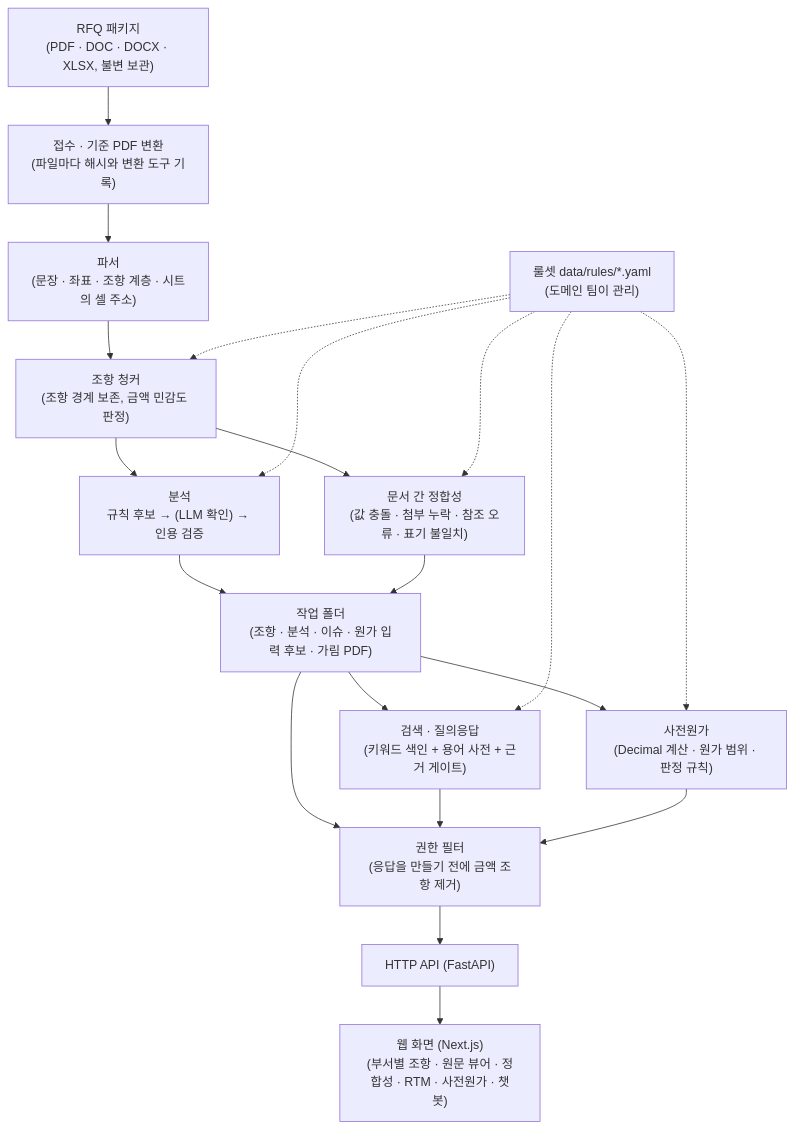
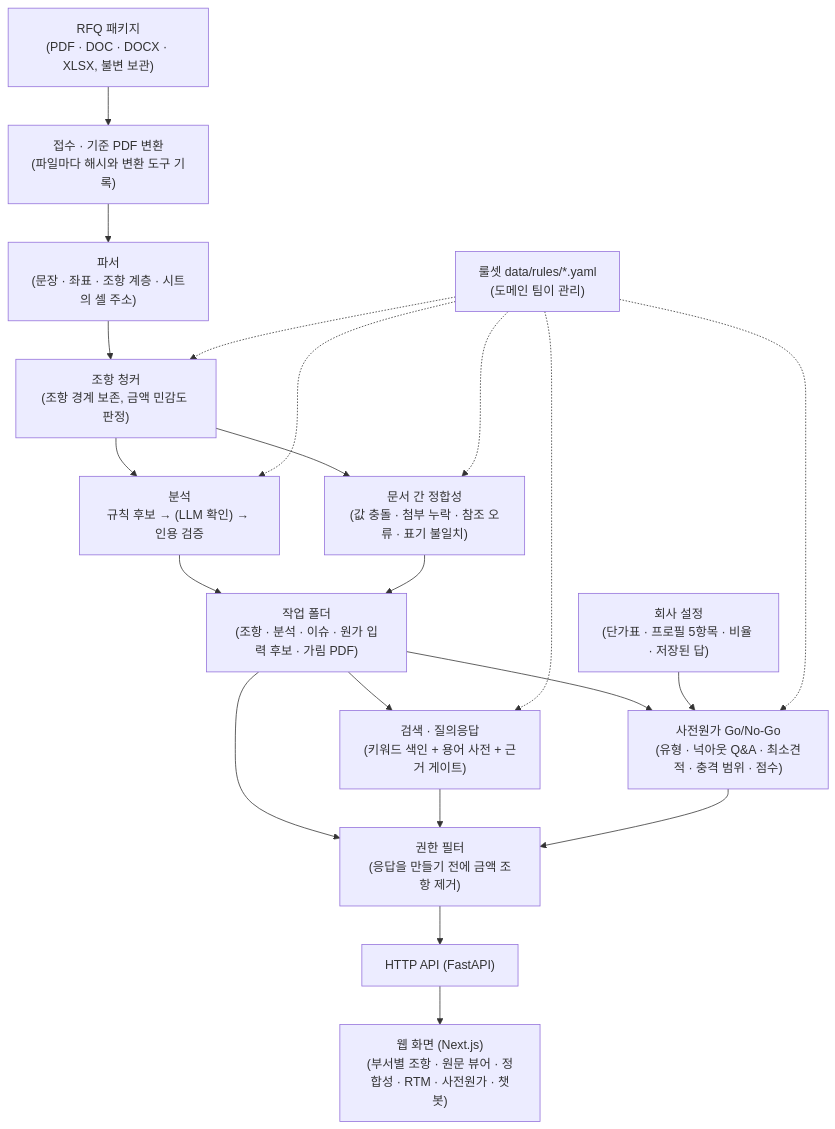
One commit to Sogang-RFx/AutoRFx changed the diagram in docs/architecture.md. Above: the diagram before and after it, drawn with Mermaid. The commit also changed other lines of this file and 32 other files, not shown here.

````diff
--- a/docs/architecture.md
+++ b/docs/architecture.md
@@ -5,22 +5,23 @@
 ```mermaid
 flowchart TD
     A["RFQ 패키지<br/>(PDF · DOC · DOCX · XLSX, 불변 보관)"] --> B["접수 · 기준 PDF 변환<br/>(파일마다 해시와 변환 도구 기록)"]
     B --> C["파서<br/>(문장 · 좌표 · 조항 계층 · 시트의 셀 주소)"]
     C --> D["조항 청커<br/>(조항 경계 보존, 금액 민감도 판정)"]
     D --> E["분석<br/>규칙 후보 → (LLM 확인) → 인용 검증"]
     D --> F["문서 간 정합성<br/>(값 충돌 · 첨부 누락 · 참조 오류 · 표기 불일치)"]
     E --> G["작업 폴더<br/>(조항 · 분석 · 이슈 · 원가 입력 후보 · 가림 PDF)"]
     F --> G
     G --> H["권한 필터<br/>(응답을 만들기 전에 금액 조항 제거)"]
     H --> I["HTTP API (FastAPI)"]
     G --> J["검색 · 질의응답<br/>(키워드 색인 + 용어 사전 + 근거 게이트)"]
-    G --> K["사전원가<br/>(Decimal 계산 · 원가 범위 · 판정 규칙)"]
+    G --> K["사전원가 Go/No-Go<br/>(유형 · 넉아웃 Q&A · 최소견적 · 충격 범위 · 점수)"]
+    S["회사 설정<br/>(단가표 · 프로필 5항목 · 비율 · 저장된 답)"] --> K
     J --> H
     K --> H
     I --> L["웹 화면 (Next.js)<br/>(부서별 조항 · 원문 뷰어 · 정합성 · RTM · 사전원가 · 챗봇)"]
     R["룰셋 data/rules/*.yaml<br/>(도메인 팀이 관리)"] -.-> D
     R -.-> E
     R -.-> F
     R -.-> J
     R -.-> K
 ```
````
